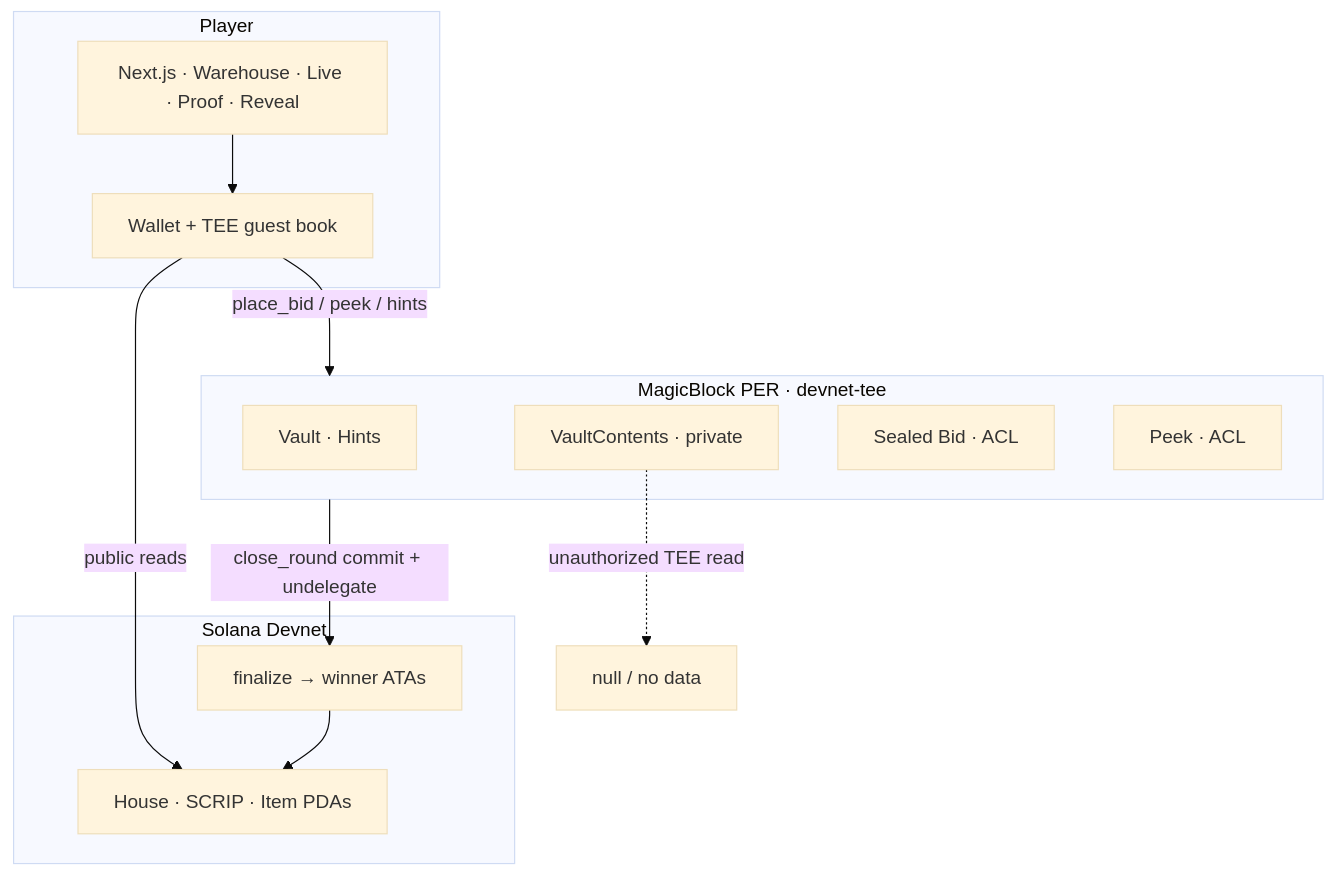
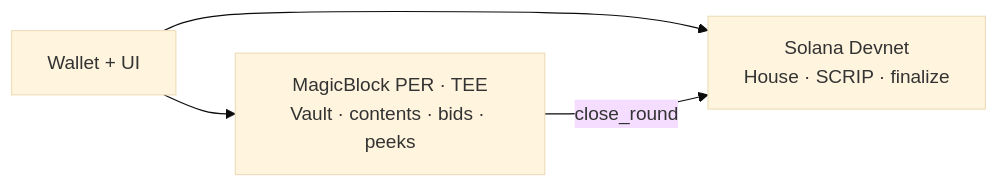
The diagram in README.md (Aditya-linux/BlindVault), drawn with Mermaid (base theme) before and after one commit. The commit also changed other lines of this file and 88 other files, not shown here.

````diff
--- a/README.md
+++ b/README.md
@@ -67,26 +82,6 @@
 ```mermaid
-flowchart TB
-  subgraph Player
-    UI["Next.js · Warehouse · Live · Proof · Reveal"]
-    W["Wallet + TEE guest book"]
-  end
-
-  subgraph Solana["Solana Devnet"]
-    House["House · SCRIP · Item PDAs"]
-    Fin["finalize → winner ATAs"]
-  end
-
-  subgraph PER["MagicBlock PER · devnet-tee"]
-    V["Vault · Hints"]
-    C["VaultContents · private"]
-    B["Sealed Bid · ACL"]
-    P["Peek · ACL"]
-  end
-
-  UI --> W
-  W -->|public reads| House
-  W -->|place_bid / peek / hints| PER
-  PER -->|close_round commit + undelegate| Fin
-  Fin --> House
-  C -.->|unauthorized TEE read| Deny["null / no data"]
+flowchart LR
+  Player["Wallet + UI"] --> Solana["Solana Devnet<br/>House · SCRIP · finalize"]
+  Player --> TEE["MagicBlock PER · TEE<br/>Vault · contents · bids · peeks"]
+  TEE -->|close_round| Solana
 ```
````
